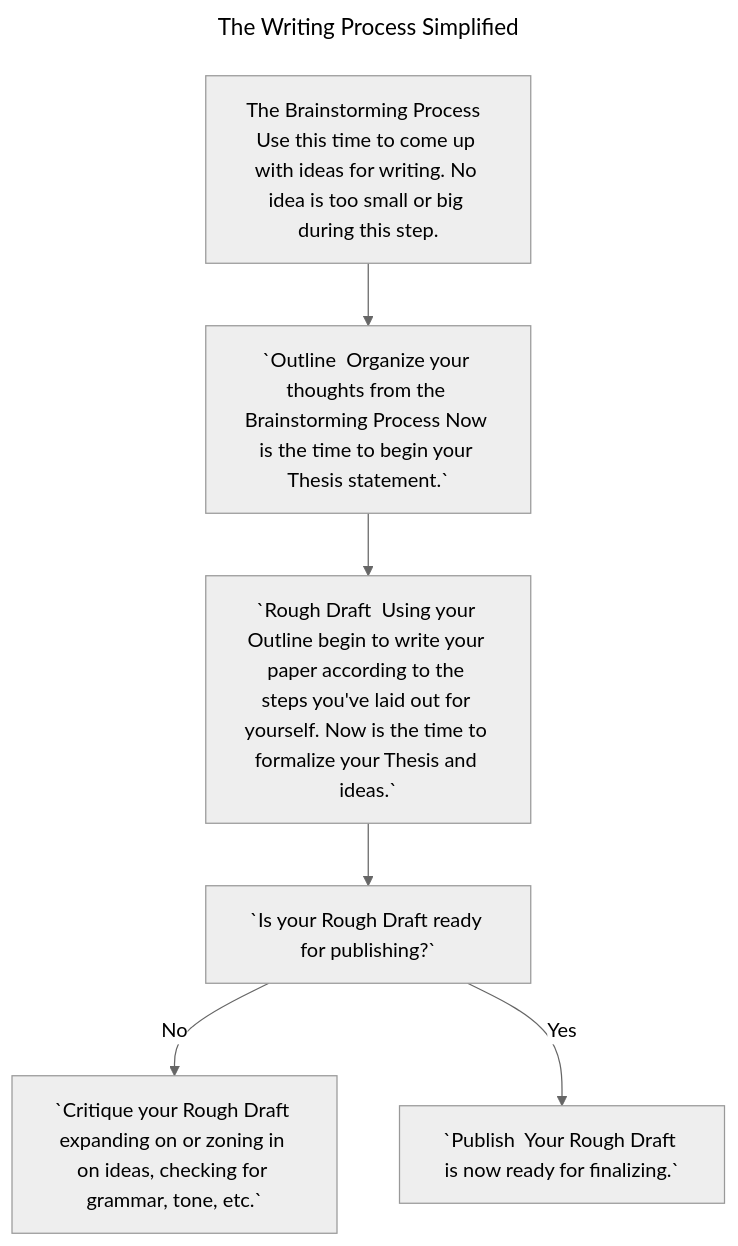
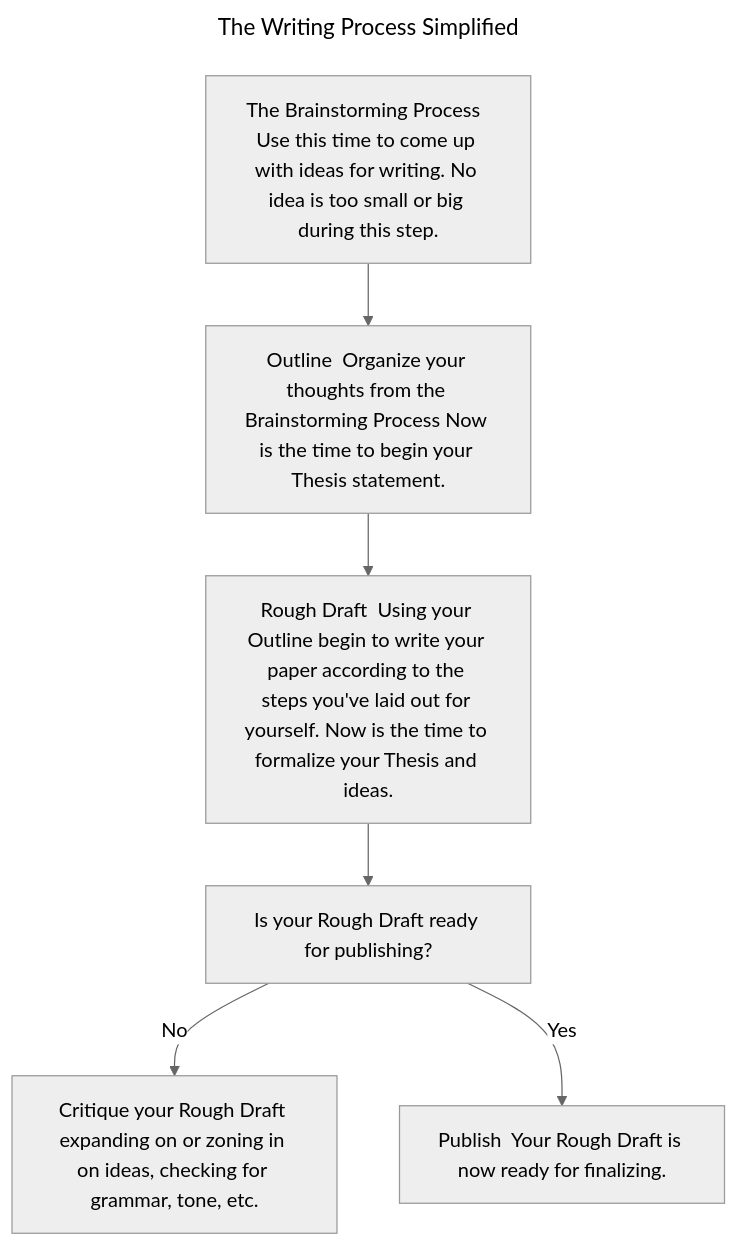
Before and after one commit to dofontenelle/dofontenelle.github.io: the diagram in Writing Process Flowchart.md, drawn with Mermaid (neutral theme).

Commit message:
Update Writing Process Flowchart.md

````diff
--- a/Writing Process Flowchart.md
+++ b/Writing Process Flowchart.md
@@ -1,30 +1,30 @@
 ```mermaid
 ---
 title: The Writing Process Simplified
 ---
 
 flowchart TD
 
 id1 --> id2
 
 id2 --> id3
 
 id3 --> id4
 
 id4 -- No --> id5
 
 id4 -- Yes --> id6 
 
 
   id1[The Brainstorming Process  Use this time to come up with ideas for writing. No idea is too small or big during this step.]
   
-  id2[`Outline  Organize your thoughts from the Brainstorming Process Now is the time to begin your Thesis statement.`]
+  id2[Outline  Organize your thoughts from the Brainstorming Process Now is the time to begin your Thesis statement.]
   
-  id3[`Rough Draft  Using your Outline begin to write your paper according to the steps you've laid out for yourself. Now is the time to formalize your Thesis and ideas.`]
+  id3[Rough Draft  Using your Outline begin to write your paper according to the steps you've laid out for yourself. Now is the time to formalize your Thesis and ideas.]
   
-  id4[`Is your Rough Draft ready for publishing?`]
+  id4[Is your Rough Draft ready for publishing?]
   
-  id5[`Critique your Rough Draft expanding on or zoning in on ideas, checking for grammar, tone, etc.`]
+  id5[Critique your Rough Draft expanding on or zoning in on ideas, checking for grammar, tone, etc.]
   
-  id6[`Publish  Your Rough Draft is now ready for finalizing.`]
+  id6[Publish  Your Rough Draft is now ready for finalizing.]
 ```
````
